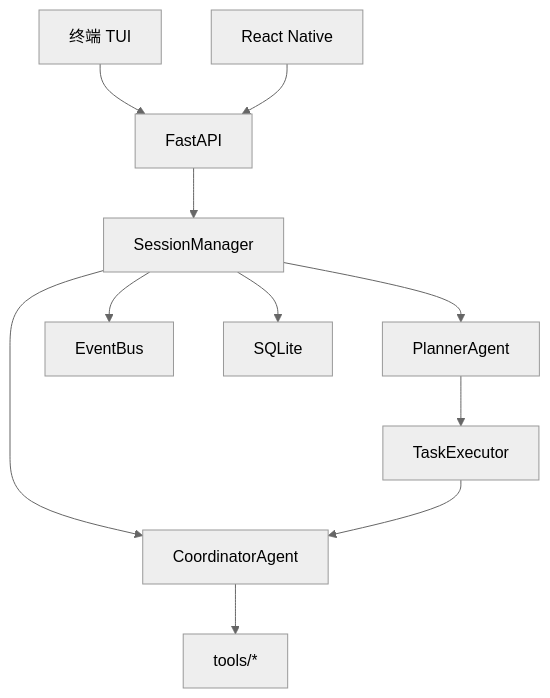
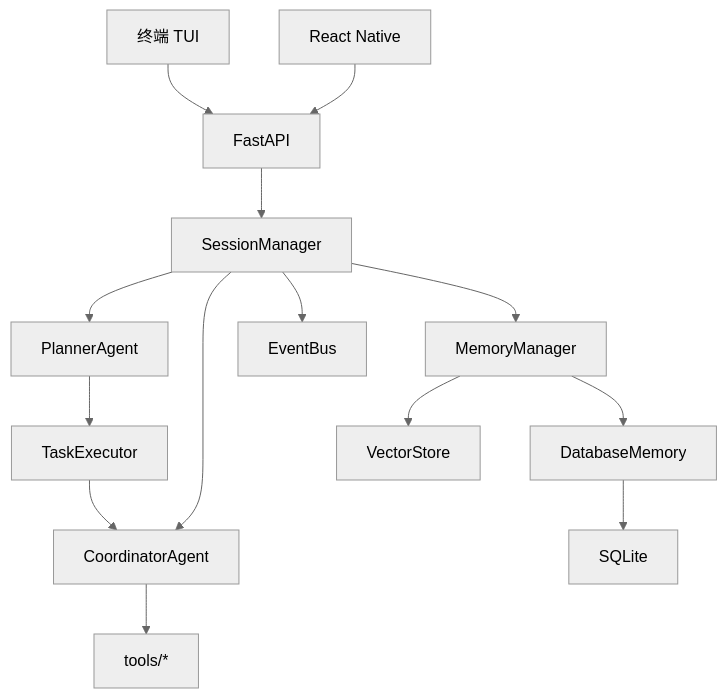
The eighth of 8 diagrams in .qoder/repowiki/zh/content/项目概述/项目概述.md (iammm0/secbot), drawn with Mermaid (neutral theme) before and after one commit. The commit also changed other lines of this file and 29 other files, not shown here.

````diff
--- a/.qoder/repowiki/zh/content/项目概述/项目概述.md
+++ b/.qoder/repowiki/zh/content/项目概述/项目概述.md
@@ -358,13 +477,16 @@
 ```mermaid
 graph TB
 SM["SessionManager"] --> PA["PlannerAgent"]
 SM --> CA["CoordinatorAgent"]
 SM --> EB["EventBus"]
 PA --> TE["TaskExecutor"]
 TE --> CA
 CA --> TOOLS["tools/*"]
-SM --> DB["SQLite"]
+SM --> MM["MemoryManager"]
+MM --> VS["VectorStore"]
+MM --> DM["DatabaseMemory"]
+DM --> DB["SQLite"]
 API["FastAPI"] --> SM
 TUI["终端 TUI"] --> API
 RN["React Native"] --> API
 ```
````
